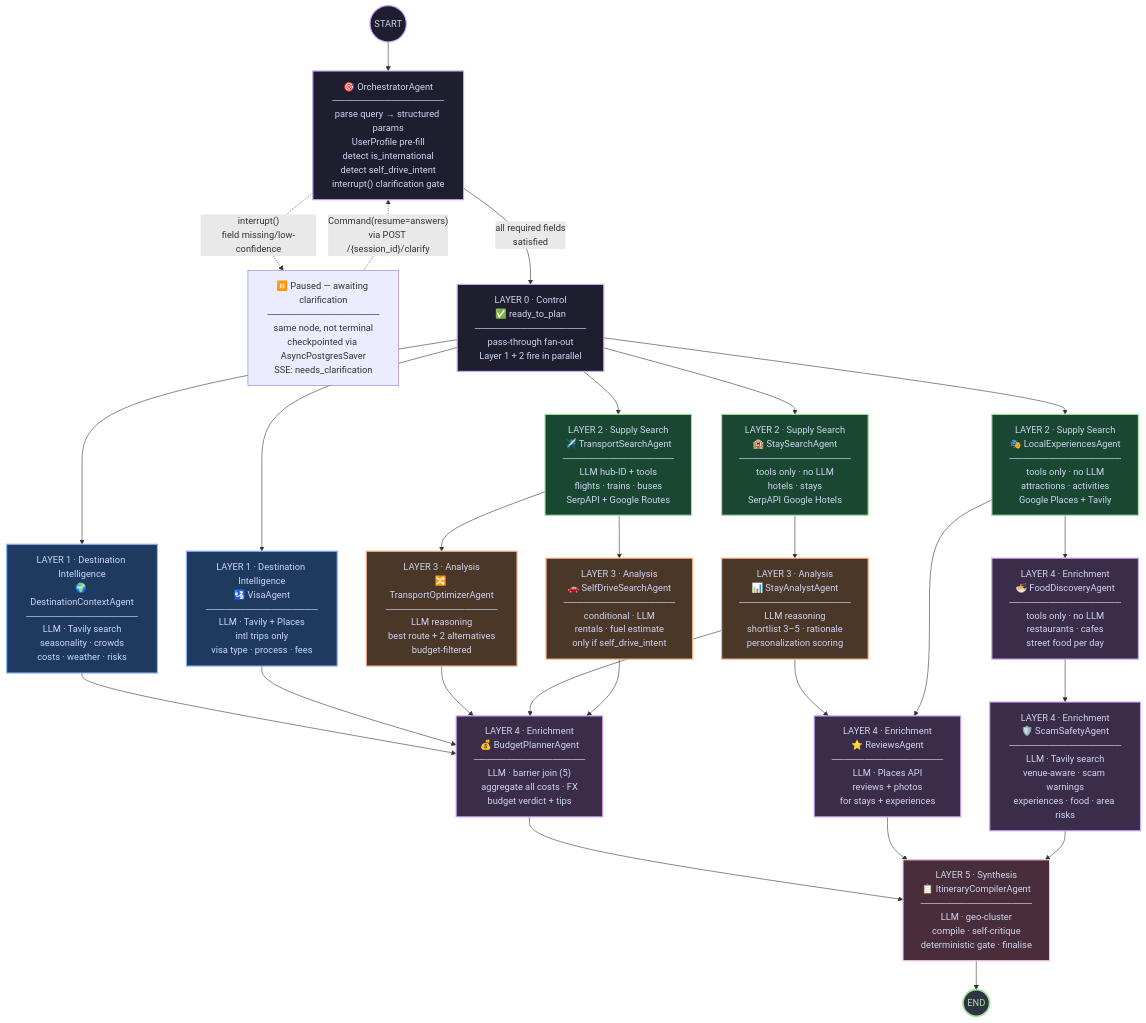
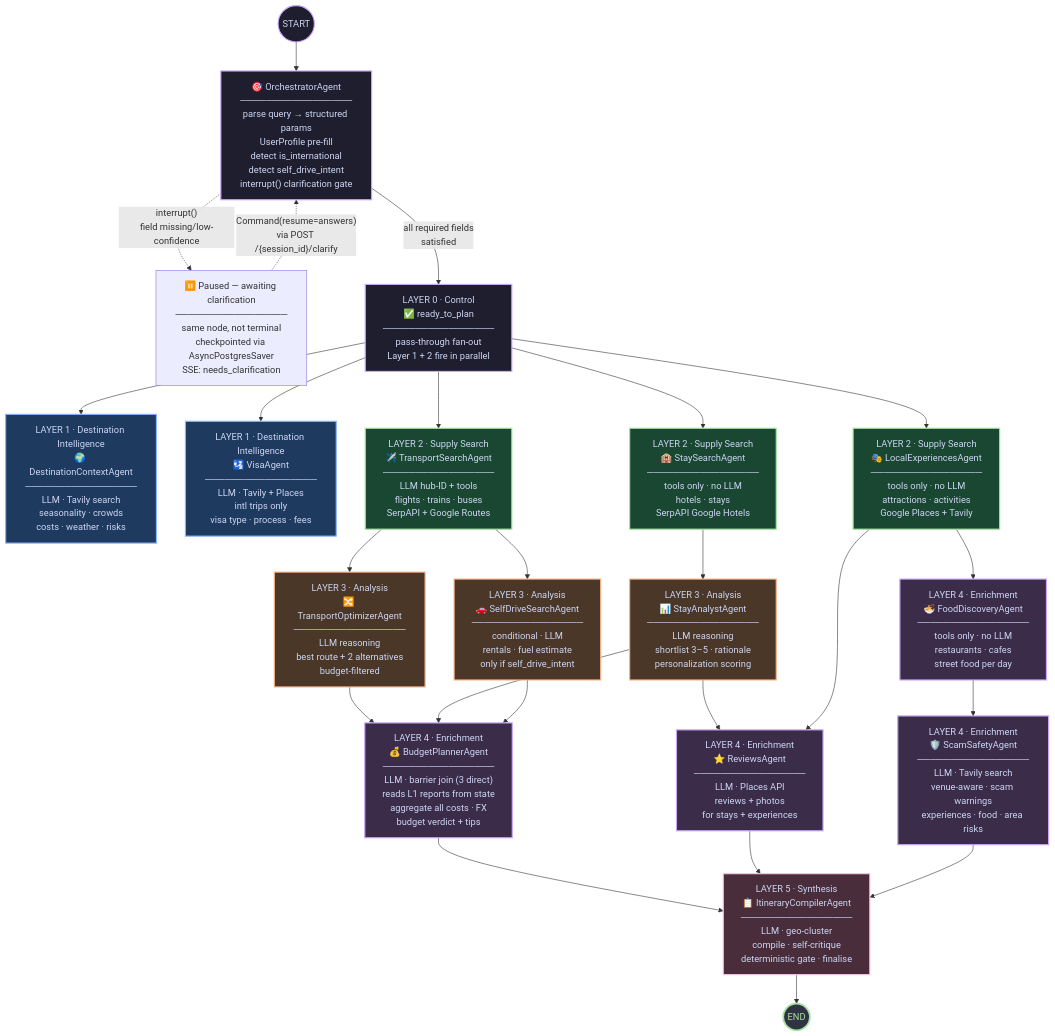
Before and after one commit to thecoducer/TravelCopilot: the first of 3 diagrams in plan.md, drawn with Mermaid. The commit also changed other lines of this file and 17 other files, not shown here.

```diff
--- a/plan.md
+++ b/plan.md
@@ -88,9 +88,10 @@
 
     self_drive_search["LAYER 3 · Analysis\n🚗 SelfDriveSearchAgent\n─────────────────\nconditional · LLM\nrentals · fuel estimate\nonly if self_drive_intent"]:::layer3
 
-    %% ── Layer 1 + Layer 3 → BudgetPlanner (barrier join: 5 inputs)
-    destination_context --> budget_planner
-    visa --> budget_planner
+    %% ── Layer 3 → BudgetPlanner (barrier join: 3 direct inputs; reads L1 state)
+    %% destination_context_report and visa_report are already written to TripState
+    %% by super-step 3, so no direct edge is needed — and adding one would cause
+    %% BudgetPlannerAgent to fire twice (once after L1 and again after L3).
     transport_optimizer --> budget_planner
     stay_analyst --> budget_planner
     self_drive_search --> budget_planner
@@ -103,7 +104,7 @@
     local_experiences --> food_discovery
 
     %% ── Layer 4: Enrichment ──────────────────────────────────────
-    budget_planner["LAYER 4 · Enrichment\n💰 BudgetPlannerAgent\n─────────────────\nLLM · barrier join (5)\naggregate all costs · FX\nbudget verdict + tips"]:::layer4
+    budget_planner["LAYER 4 · Enrichment\n💰 BudgetPlannerAgent\n─────────────────\nLLM · barrier join (3 direct)\nreads L1 reports from state\naggregate all costs · FX\nbudget verdict + tips"]:::layer4
 
     reviews["LAYER 4 · Enrichment\n⭐ ReviewsAgent\n─────────────────\nLLM · Places API\nreviews + photos\nfor stays + experiences"]:::layer4
 
```
